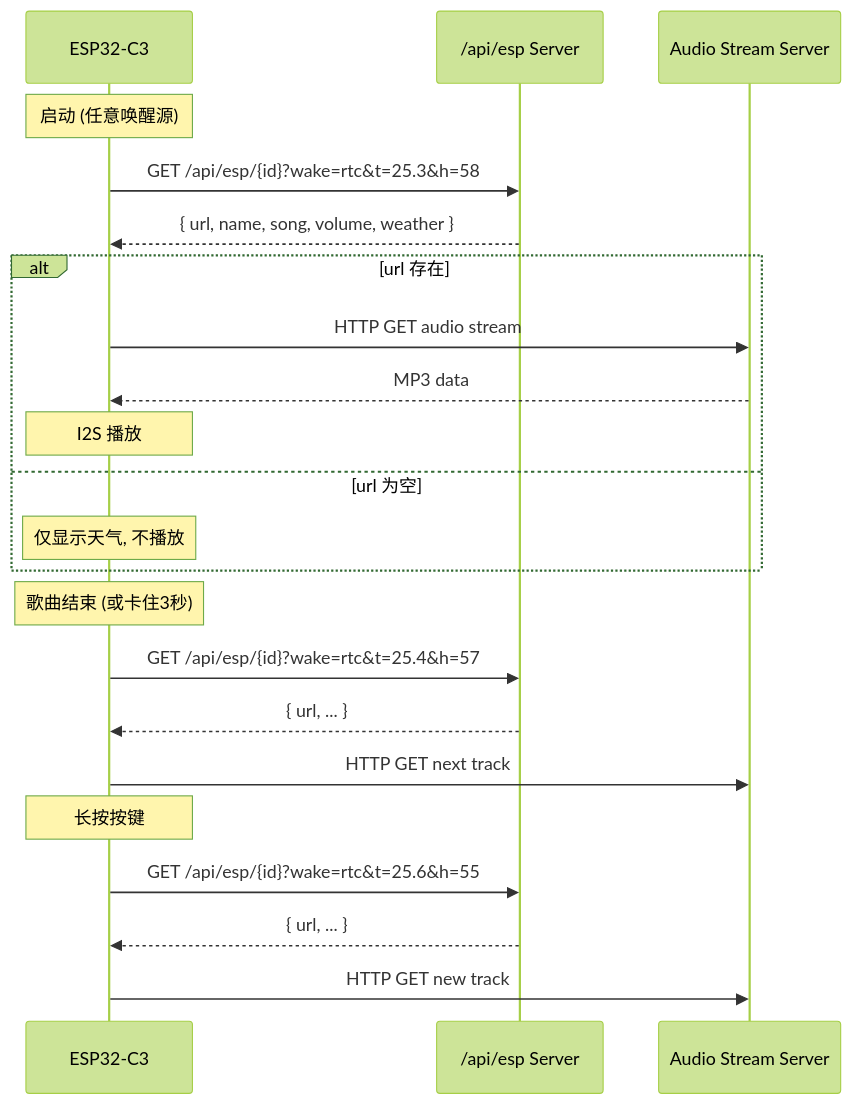
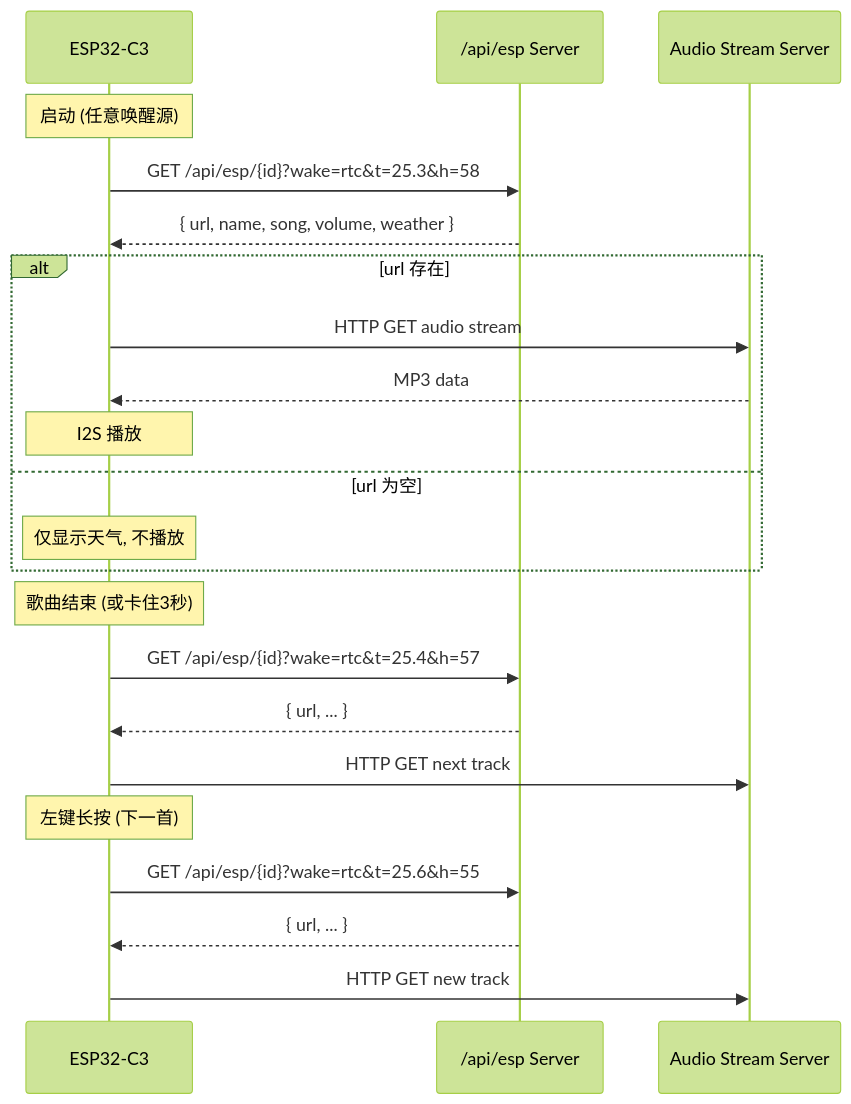
One commit to llinzzi/slumbercube changed the third of 5 diagrams in README.md. Above: the diagram before and after it, drawn with Mermaid (forest theme). The commit also changed other lines of this file, not shown here.

````diff
--- a/README.md
+++ b/README.md
@@ -350,28 +398,28 @@
 ```mermaid
 sequenceDiagram
     participant ESP as ESP32-C3
     participant API as /api/esp Server
     participant Stream as Audio Stream Server
 
     Note over ESP: 启动 (任意唤醒源)
     ESP->>API: GET /api/esp/{id}?wake=rtc&t=25.3&h=58
     API-->>ESP: { url, name, song, volume, weather }
 
     alt url 存在
         ESP->>Stream: HTTP GET audio stream
         Stream-->>ESP: MP3 data
         Note over ESP: I2S 播放
     else url 为空
         Note over ESP: 仅显示天气, 不播放
     end
 
     Note over ESP: 歌曲结束 (或卡住3秒)
     ESP->>API: GET /api/esp/{id}?wake=rtc&t=25.4&h=57
     API-->>ESP: { url, ... }
     ESP->>Stream: HTTP GET next track
 
-    Note over ESP: 长按按键
+    Note over ESP: 左键长按 (下一首)
     ESP->>API: GET /api/esp/{id}?wake=rtc&t=25.6&h=55
     API-->>ESP: { url, ... }
     ESP->>Stream: HTTP GET new track
 ```
````
